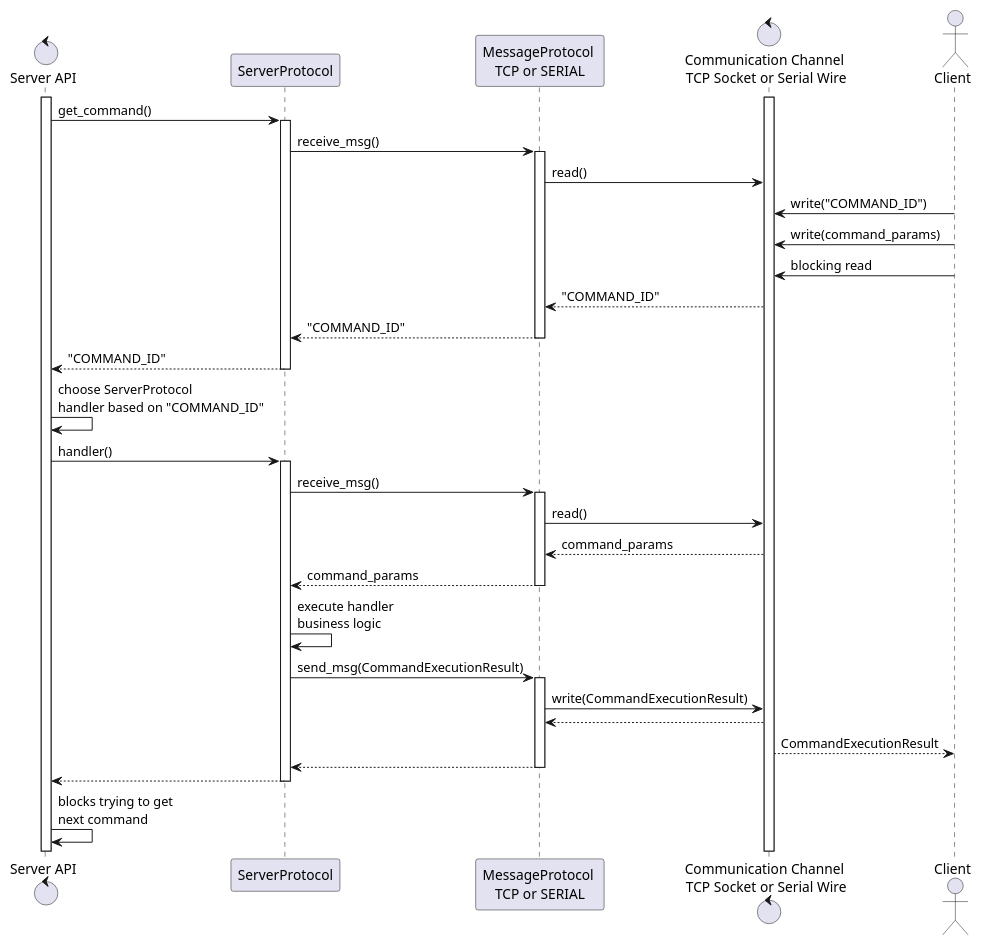
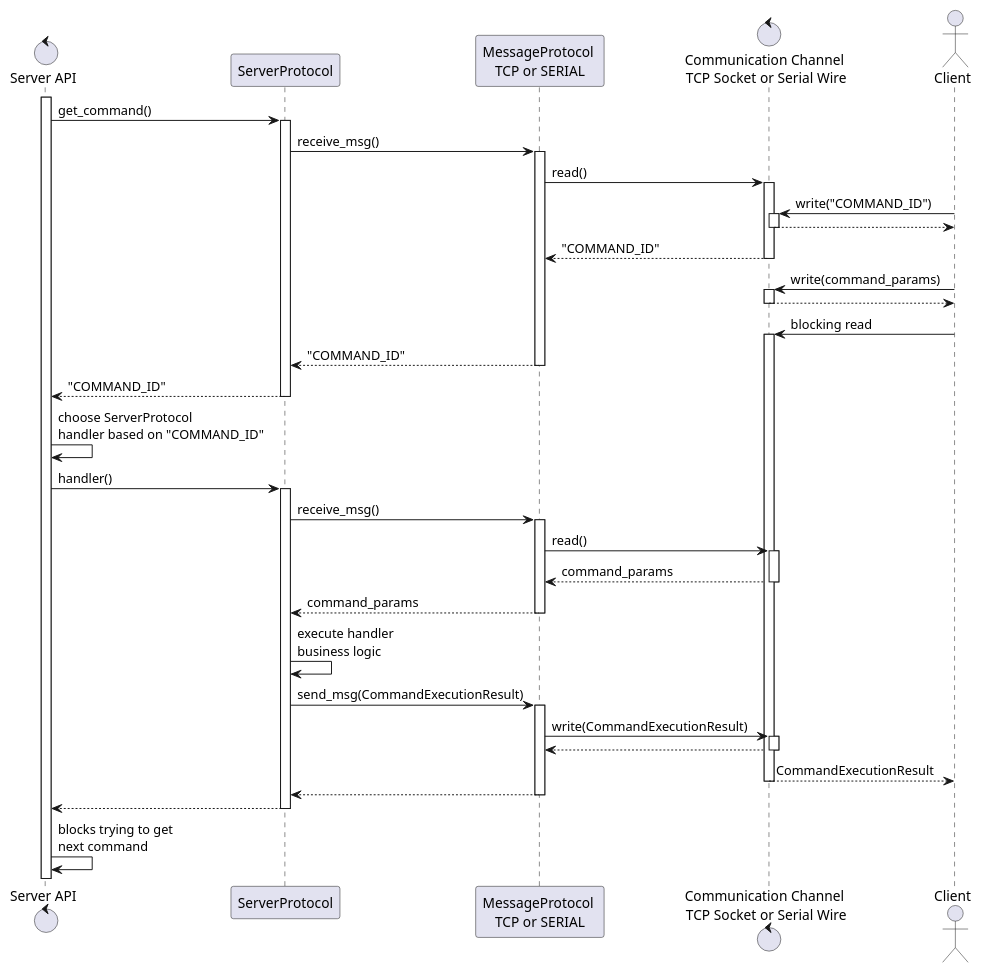
Before and after one commit to open-lisa/Open-LISA-Server: the diagram in docs/diagrams/sequence_diagram_client_interaction_for_generic_command.puml, drawn with PlantUML. The commit also changed 2 other files, not shown here.

Commit message:
update diagrams

```diff
--- a/docs/diagrams/sequence_diagram_client_interaction_for_generic_command.puml
+++ b/docs/diagrams/sequence_diagram_client_interaction_for_generic_command.puml
@@ -1,63 +1,90 @@
 @startuml
 
 control "Server API" as SERVER
 participant ServerProtocol as SP
 participant "MessageProtocol \nTCP or SERIAL" as MP
 control "Communication Channel \nTCP Socket or Serial Wire" as CHANNEL
 actor "Client" as CLIENT
 
 
 
-activate CHANNEL
+
 
 activate SERVER
 
 SERVER -> SP : get_command()
 activate SP
   SP -> MP : receive_msg()
   activate MP
 
   MP -> CHANNEL : read()
+  activate CHANNEL
 
 
 CLIENT -> CHANNEL : write("COMMAND_ID")
+activate CHANNEL
+CHANNEL --> CLIENT
+deactivate CHANNEL
+
+MP <-- CHANNEL : "COMMAND_ID"
+deactivate CHANNEL
+
+
 CLIENT -> CHANNEL : write(command_params)
+activate CHANNEL
+CHANNEL --> CLIENT
+deactivate CHANNEL
+
+
+
 CLIENT -> CHANNEL : blocking read
+activate CHANNEL
 
-  MP <-- CHANNEL : "COMMAND_ID"
+
+
+
 
   SP <-- MP : "COMMAND_ID"
   deactivate MP
   SERVER <-- SP : "COMMAND_ID"
   deactivate SP
   SERVER -> SERVER : choose ServerProtocol\nhandler based on "COMMAND_ID"
 
   SERVER -> SP : handler()
   activate SP
     SP -> MP : receive_msg()
     activate MP
       MP -> CHANNEL : read()
+      activate CHANNEL
+
       MP <-- CHANNEL : command_params
+      deactivate CHANNEL
       SP <-- MP : command_params
     deactivate MP
     SP -> SP : execute handler\nbusiness logic
 
     SP -> MP : send_msg(CommandExecutionResult)
     activate MP
       MP -> CHANNEL : write(CommandExecutionResult)
+      activate CHANNEL
       MP <-- CHANNEL
+      deactivate CHANNEL
+
+
 
 
 CLIENT <-- CHANNEL : CommandExecutionResult
+deactivate CHANNEL
+
 
 
       SP <-- MP
     deactivate MP
 
   SERVER <-- SP
   deactivate SP
 
 SERVER -> SERVER : blocks trying to get \nnext command
 
 
 @enduml
```
